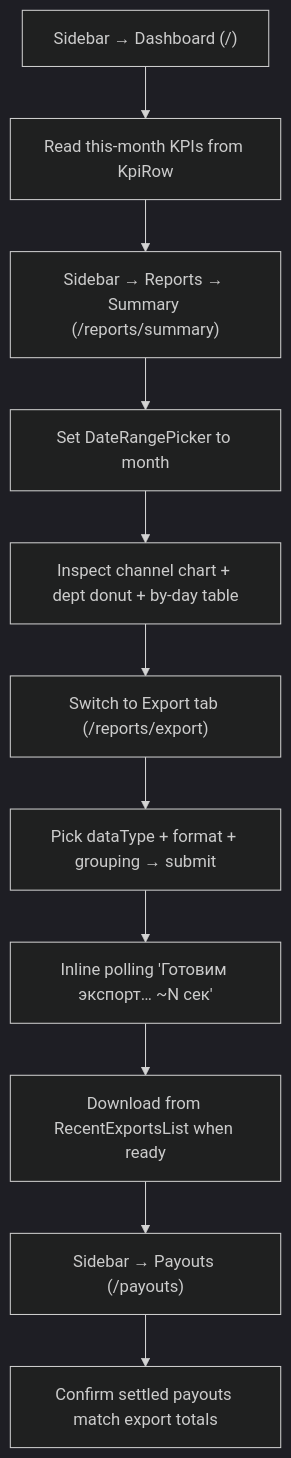
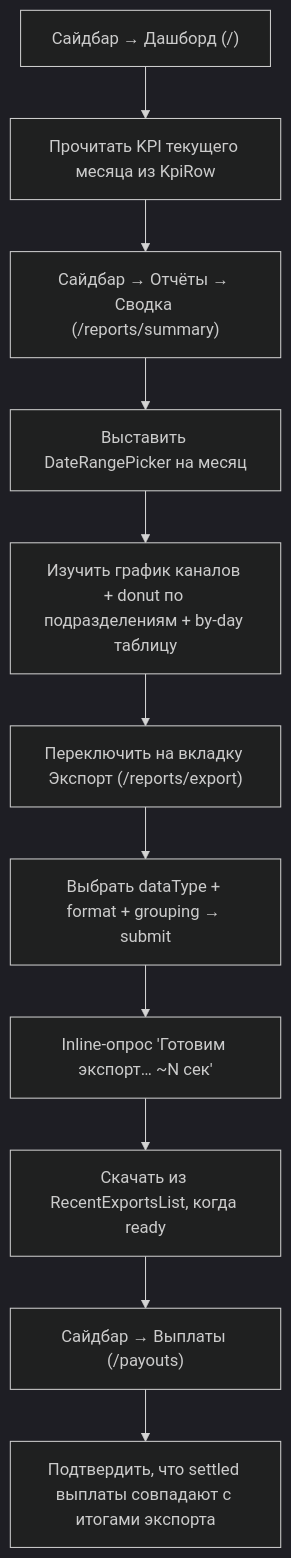
One commit to SardorAllaberganov/unipay-dashboard changed the ninth of 19 diagrams in docs/USER_FLOWS_BY_ROLE.md. Above: the diagram before and after it, drawn with Mermaid (dark theme). The commit also changed other lines of this file and 1 other file, not shown here.

First line of the commit message:
docs: translate IA + role-flow docs to Russian

````diff
--- a/docs/USER_FLOWS_BY_ROLE.md
+++ b/docs/USER_FLOWS_BY_ROLE.md
@@ -344,13 +344,13 @@
 ```mermaid
 flowchart TD
-  A["Sidebar → Dashboard (/)"] --> B[Read this-month KPIs from KpiRow]
-  B --> C["Sidebar → Reports → Summary (/reports/summary)"]
-  C --> D[Set DateRangePicker to month]
-  D --> E[Inspect channel chart + dept donut + by-day table]
-  E --> F["Switch to Export tab (/reports/export)"]
-  F --> G["Pick dataType + format + grouping → submit"]
-  G --> H["Inline polling 'Готовим экспорт… ~N сек'"]
-  H --> I[Download from RecentExportsList when ready]
-  I --> J["Sidebar → Payouts (/payouts)"]
-  J --> K[Confirm settled payouts match export totals]
+  A["Сайдбар → Дашборд (/)"] --> B[Прочитать KPI текущего месяца из KpiRow]
+  B --> C["Сайдбар → Отчёты → Сводка (/reports/summary)"]
+  C --> D[Выставить DateRangePicker на месяц]
+  D --> E[Изучить график каналов + donut по подразделениям + by-day таблицу]
+  E --> F["Переключить на вкладку Экспорт (/reports/export)"]
+  F --> G["Выбрать dataType + format + grouping → submit"]
+  G --> H["Inline-опрос 'Готовим экспорт… ~N сек'"]
+  H --> I[Скачать из RecentExportsList, когда ready]
+  I --> J["Сайдбар → Выплаты (/payouts)"]
+  J --> K[Подтвердить, что settled выплаты совпадают с итогами экспорта]
 ```
````
